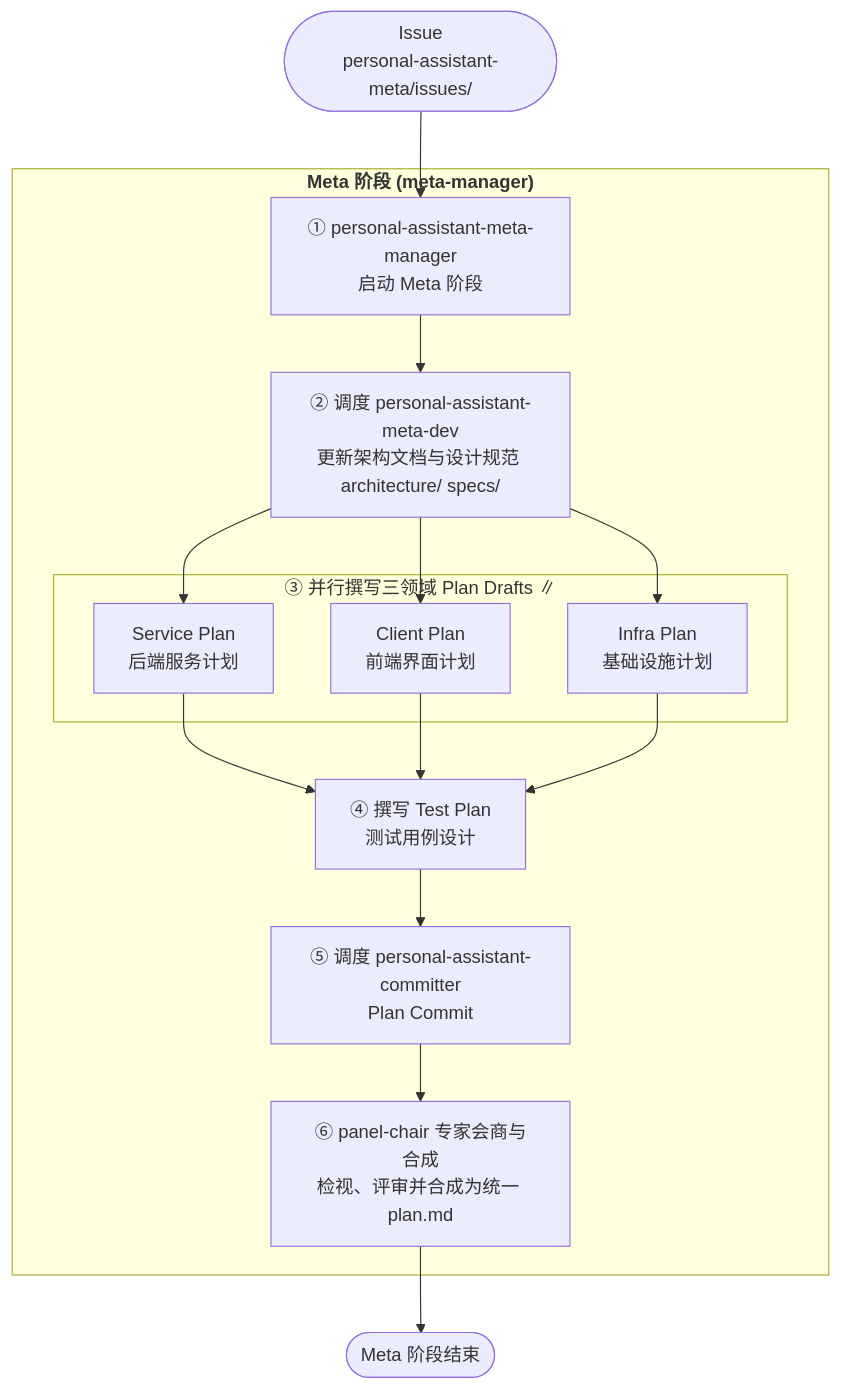
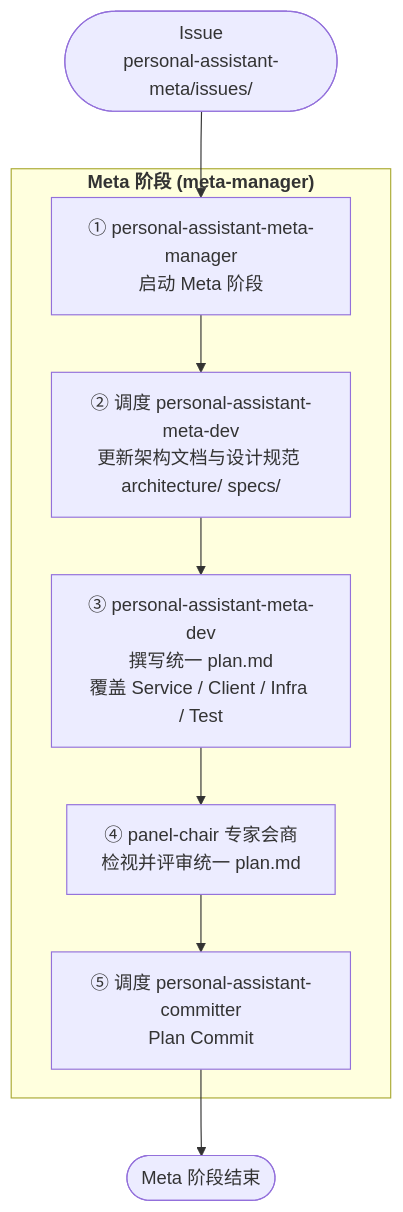
The second of 3 diagrams in personal-assistant-meta/architecture/devops/opencode-workflow.md (T-1009/personal-assistant), drawn with Mermaid before and after one commit. The commit also changed other lines of this file and 6 other files, not shown here.

First line of the commit message:
refactor: consolidate Meta phase planning into unified plan.md

````diff
--- a/personal-assistant-meta/architecture/devops/opencode-workflow.md
+++ b/personal-assistant-meta/architecture/devops/opencode-workflow.md
@@ -143,36 +133,24 @@
 ```mermaid
 flowchart TD
     START(["Issue<br/>personal-assistant-meta/issues/"])
 
     START --> S1["① personal-assistant-meta-manager<br/>启动 Meta 阶段"]
 
     subgraph META_PHASE["<b>Meta 阶段 (meta-manager)</b>"]
         S1 --> S1a["② 调度 personal-assistant-meta-dev<br/>更新架构文档与设计规范 architecture/ specs/"]
-        
-        subgraph S2_PARALLEL["③ 并行撰写三领域 Plan Drafts  ∥"]
-            S2_SVC["Service Plan<br/>后端服务计划"]
-            S2_CLI["Client Plan<br/>前端界面计划"]
-            S2_INF["Infra Plan<br/>基础设施计划"]
-        end
-        
-        S1a --> S2_SVC
-        S1a --> S2_CLI
-        S1a --> S2_INF
-        
-        S2_TST["④ 撰写 Test Plan<br/>测试用例设计"]
-        
-        S2_SVC --> S2_TST
-        S2_CLI --> S2_TST
-        S2_INF --> S2_TST
-        
+
+        S2["③ personal-assistant-meta-dev<br/>撰写统一 plan.md<br/>覆盖 Service / Client / Infra / Test"]
+
+        S1a --> S2
+
+        S3["④ panel-chair 专家会商<br/>检视并评审统一 plan.md"]
+
+        S2 --> S3
+
         S4["⑤ 调度 personal-assistant-committer<br/>Plan Commit"]
-        
-        S2_TST --> S4
-        
-        S3["⑥ panel-chair 专家会商与合成<br/>检视、评审并合成为统一 plan.md"]
-        
-        S4 --> S3
+
+        S3 --> S4
     end
 
-    S3 --> DONE(["Meta 阶段结束"])
+    S4 --> DONE(["Meta 阶段结束"])
 ```
````
